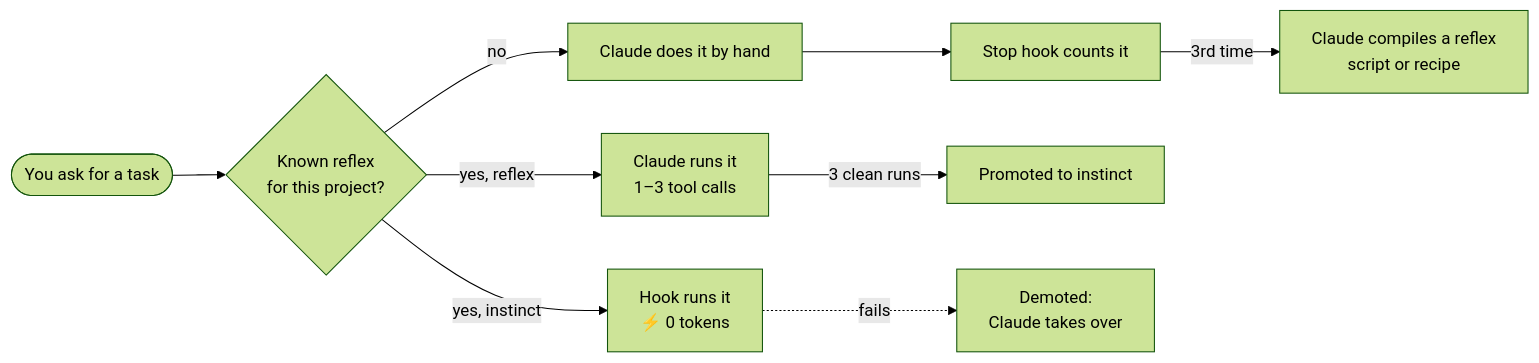
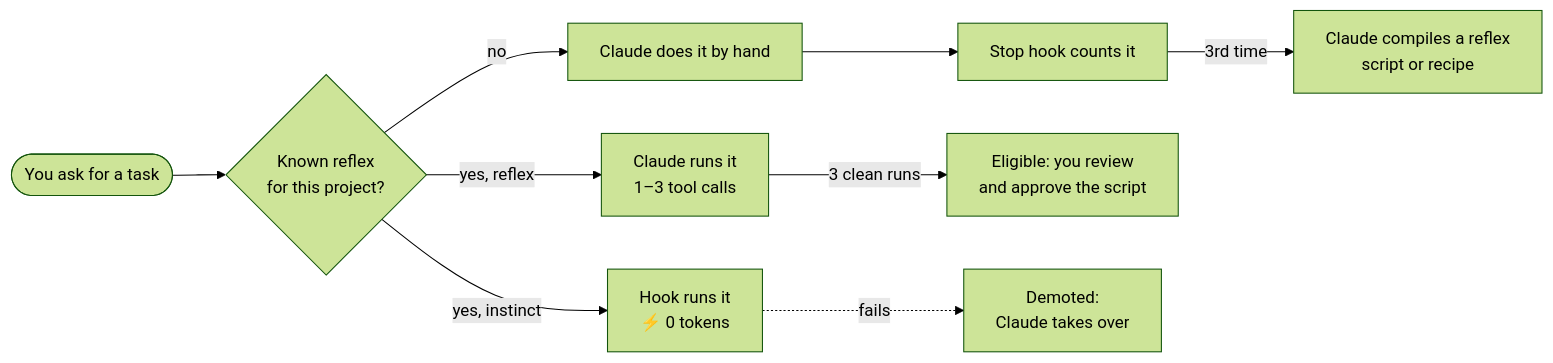
Before and after one commit to kabirshah4/muscle-memory: the diagram in README.md, drawn with Mermaid (forest theme). The commit also changed other lines of this file and 4 other files, not shown here.

````diff
--- a/README.md
+++ b/README.md
@@ -57,11 +57,11 @@
 ```mermaid
 flowchart LR
     A([You ask for a task]) --> B{Known reflex<br>for this project?}
     B -- no --> C[Claude does it by hand]
     C --> D[Stop hook counts it]
     D -- 3rd time --> E[Claude compiles a reflex<br>script or recipe]
     B -- yes, reflex --> F[Claude runs it<br>1–3 tool calls]
-    F -- 3 clean runs --> G[Promoted to instinct]
+    F -- 3 clean runs --> G[Eligible: you review<br>and approve the script]
     B -- yes, instinct --> H[Hook runs it<br>⚡ 0 tokens]
     H -. fails .-> I[Demoted:<br>Claude takes over]
 ```
````
